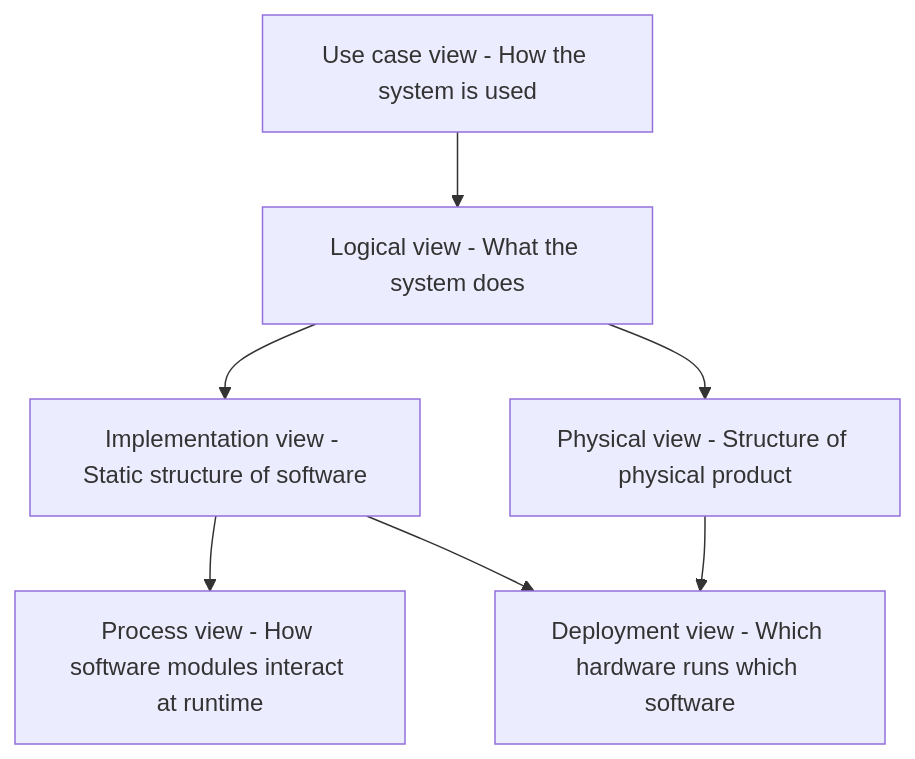
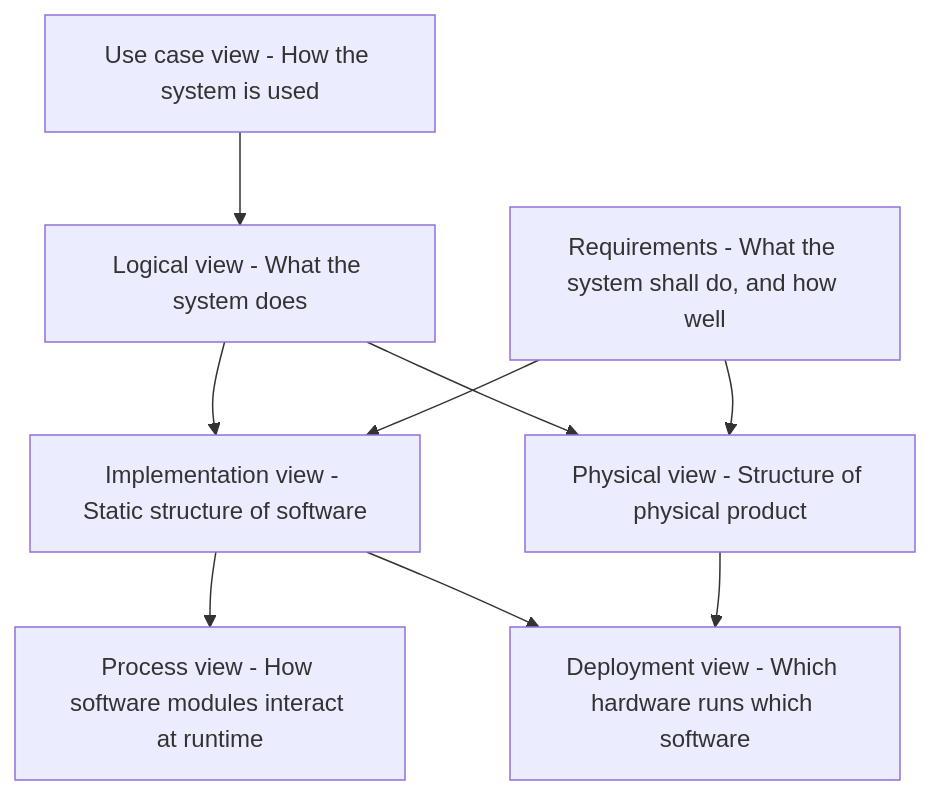
Before and after one commit to ola-coding/ortho: the diagram in VIEWS.md, drawn with Mermaid. The commit also changed other lines of this file and 63 other files, not shown here.

````diff
--- a/VIEWS.md
+++ b/VIEWS.md
@@ -15,16 +16,19 @@
 ```mermaid
 flowchart TD
     UC["Use case view - How the system is used"]
     LOG["Logical view - What the system does"]
     IMP["Implementation view - Static structure of software"]
     PHY["Physical view - Structure of physical product"]
     DEP["Deployment view - Which hardware runs which software"]
     PROC["Process view - How software modules interact at runtime"]
+    REQ["Requirements - What the system shall do, and how well"]
 
     UC --> LOG
     LOG --> IMP
     LOG --> PHY
     IMP --> PROC
     IMP --> DEP
     PHY --> DEP
+    REQ --> IMP
+    REQ --> PHY
 ```
````
